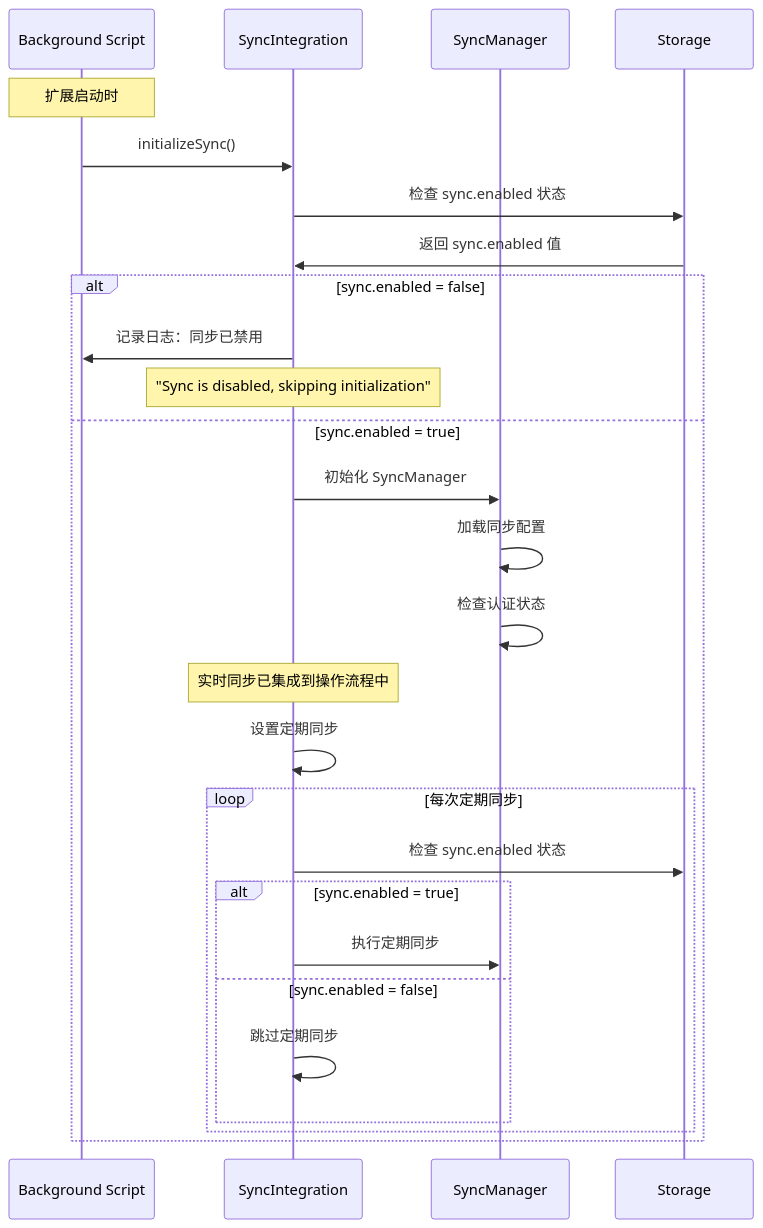
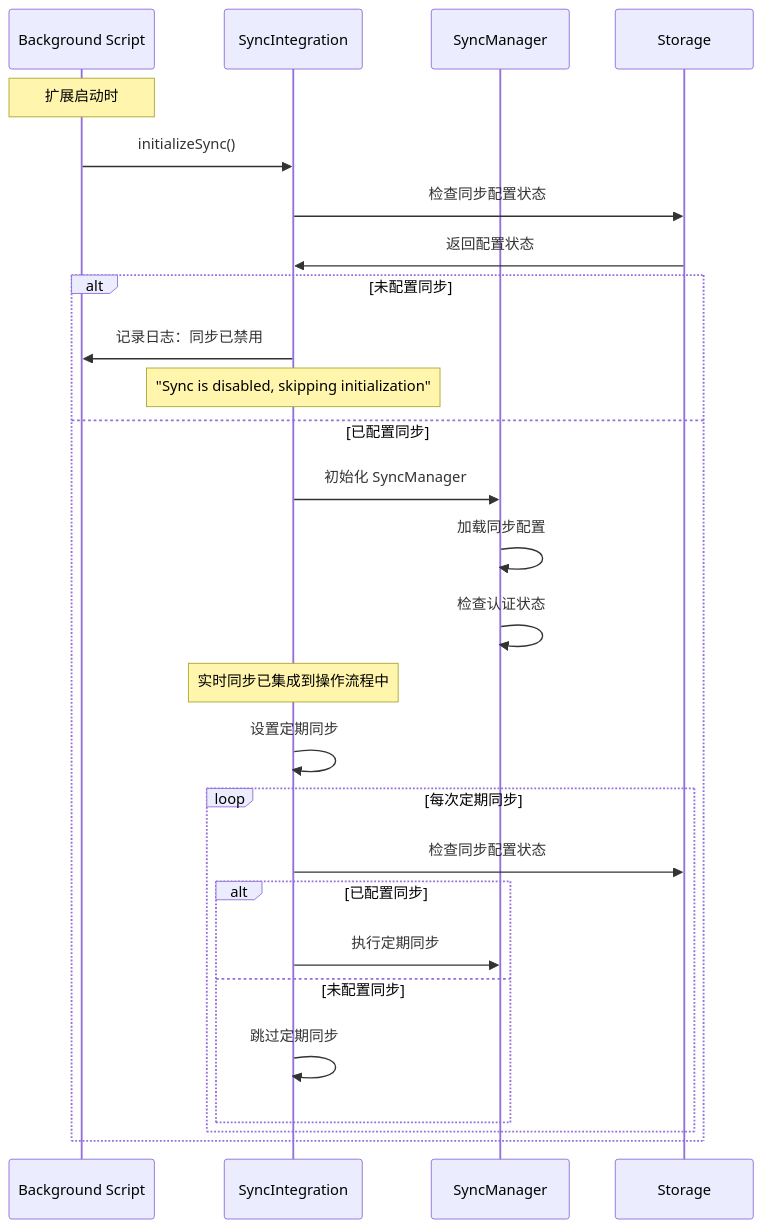
The fifth of 12 diagrams in UniTab_流程链路图.md (namehu/UniTab), drawn with Mermaid before and after one commit. The commit also changed other lines of this file and 4 other files, not shown here.

````diff
--- a/UniTab_流程链路图.md
+++ b/UniTab_流程链路图.md
@@ -121,33 +121,33 @@
 ```mermaid
 sequenceDiagram
     participant BG as Background Script
     participant SI as SyncIntegration
     participant SM as SyncManager
     participant ST as Storage
     
     Note over BG: 扩展启动时
     BG->>SI: initializeSync()
-    SI->>ST: 检查 sync.enabled 状态
-    ST->>SI: 返回 sync.enabled 值
+    SI->>ST: 检查同步配置状态
+    ST->>SI: 返回配置状态
     
-    alt sync.enabled = false
+    alt 未配置同步
         SI->>BG: 记录日志：同步已禁用
         Note over SI: "Sync is disabled, skipping initialization"
-    else sync.enabled = true
+    else 已配置同步
         SI->>SM: 初始化 SyncManager
         SM->>SM: 加载同步配置
         SM->>SM: 检查认证状态
         
         Note over SI: 实时同步已集成到操作流程中
         
         SI->>SI: 设置定期同步
         loop 每次定期同步
-            SI->>ST: 检查 sync.enabled 状态
-            alt sync.enabled = true
+            SI->>ST: 检查同步配置状态
+            alt 已配置同步
                 SI->>SM: 执行定期同步
-            else sync.enabled = false
+            else 未配置同步
                 SI->>SI: 跳过定期同步
             end
         end
     end
 ```
````
